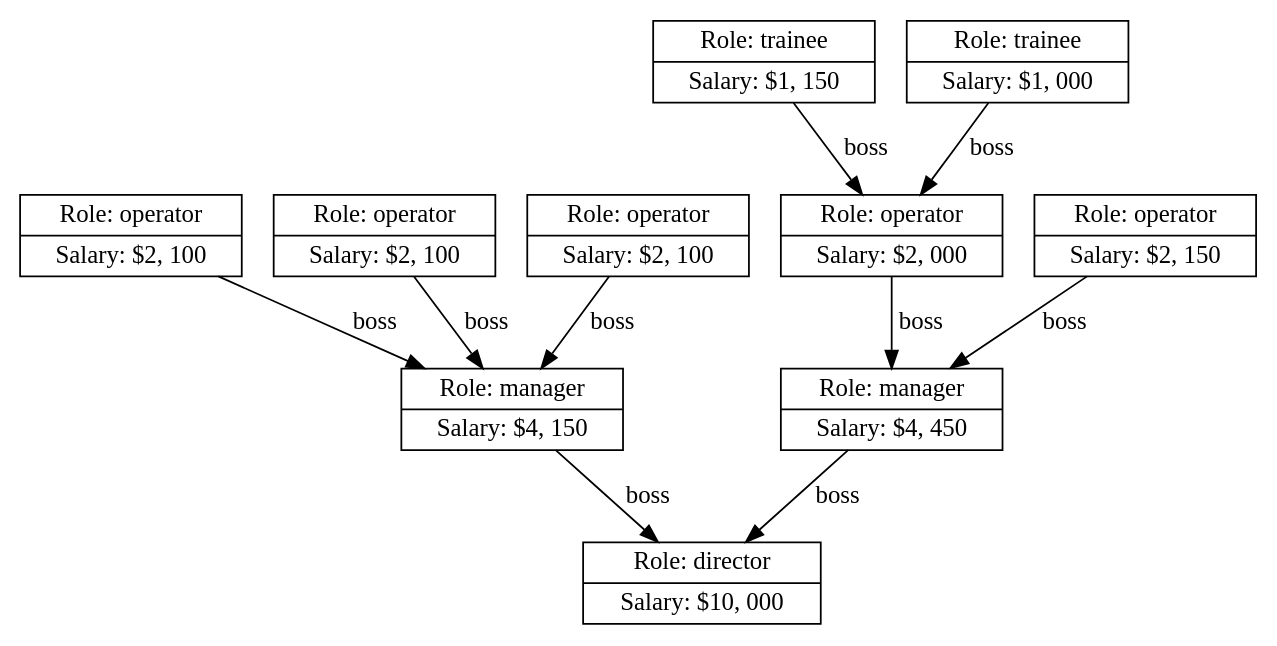
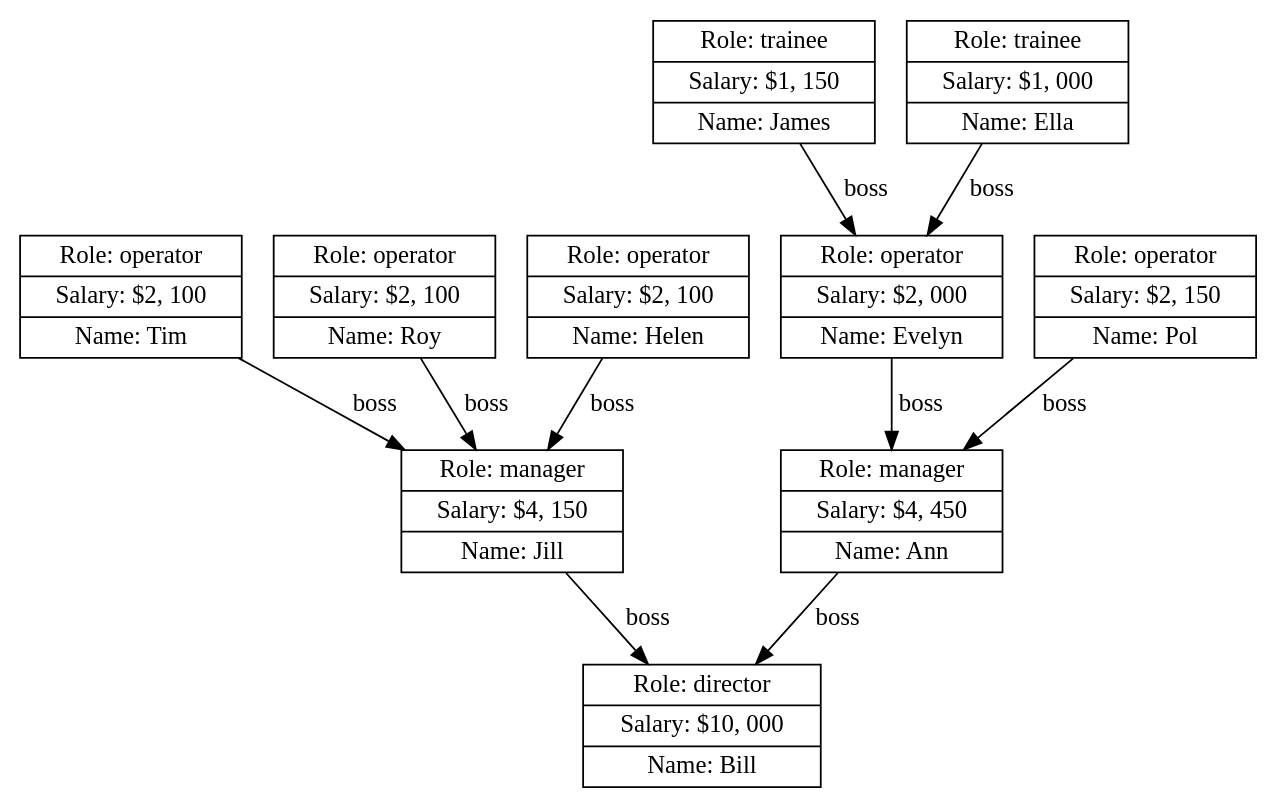
Before and after one commit to YaccConstructor/RedisGraph: the diagram in docs/images/cfpq_example.dot, drawn with Graphviz. The commit also changed 3 other files, not shown here.

```diff
--- a/docs/images/cfpq_example.dot
+++ b/docs/images/cfpq_example.dot
@@ -1,31 +1,31 @@
 digraph cfpqExample
 {
 node [shape=record]
-director [label="{Role: director |{ Salary: $10, 000}}"];
-manager1 [label="{Role: manager |{ Salary: $4, 150}}"];
-manager2 [label="{Role: manager |{ Salary: $4, 450}}"];
+director [label="{Role: director | { Salary: $10, 000 } | { Name: Bill}}"];
+manager1 [label="{Role: manager | { Salary: $4, 150} | { Name: Jill}}"];
+manager2 [label="{Role: manager | { Salary: $4, 450} | { Name: Ann}}"];
 
-operator1 [label="{Role: operator |{ Salary: $2, 100}}"];
-operator2 [label="{Role: operator |{ Salary: $2, 100}}"];
-operator3 [label="{Role: operator |{ Salary: $2, 100}}"];
+operator1 [label="{Role: operator | { Salary: $2, 100} | { Name: Tim} }"];
+operator2 [label="{Role: operator | { Salary: $2, 100} | { Name: Roy}}"];
+operator3 [label="{Role: operator | { Salary: $2, 100} | { Name: Helen}}"];
 
-operator4 [label="{Role: operator |{ Salary: $2, 000}}"];
-operator5 [label="{Role: operator |{ Salary: $2, 150}}"];
+operator4 [label="{Role: operator | { Salary: $2, 000} | { Name: Evelyn}}"];
+operator5 [label="{Role: operator | { Salary: $2, 150} | { Name: Pol}}"];
 
-trainee1 [label="{Role: trainee |{ Salary: $1, 150}}"];
-trainee2 [label="{Role: trainee |{ Salary: $1, 000}}"];
+trainee1 [label="{Role: trainee | { Salary: $1, 150} | { Name: James}}"];
+trainee2 [label="{Role: trainee | { Salary: $1, 000} | { Name: Ella}}"];
 
 
 manager1 -> director [label="boss"]
 manager2 -> director [label="boss"]
 
 operator1 -> manager1[label="boss"]
 operator2 -> manager1[label="boss"]
 operator3 -> manager1[label="boss"]
 
 operator4 -> manager2[label="boss"]
 operator5 -> manager2[label="boss"]
 
 trainee1 -> operator4[label="boss"]
 trainee2 -> operator4[label="boss"]
 }
```
